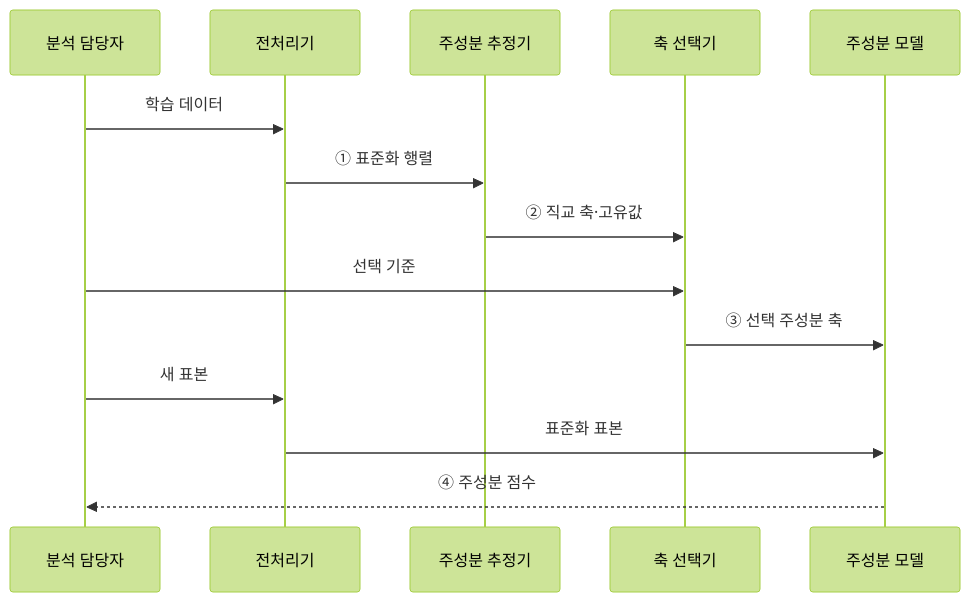
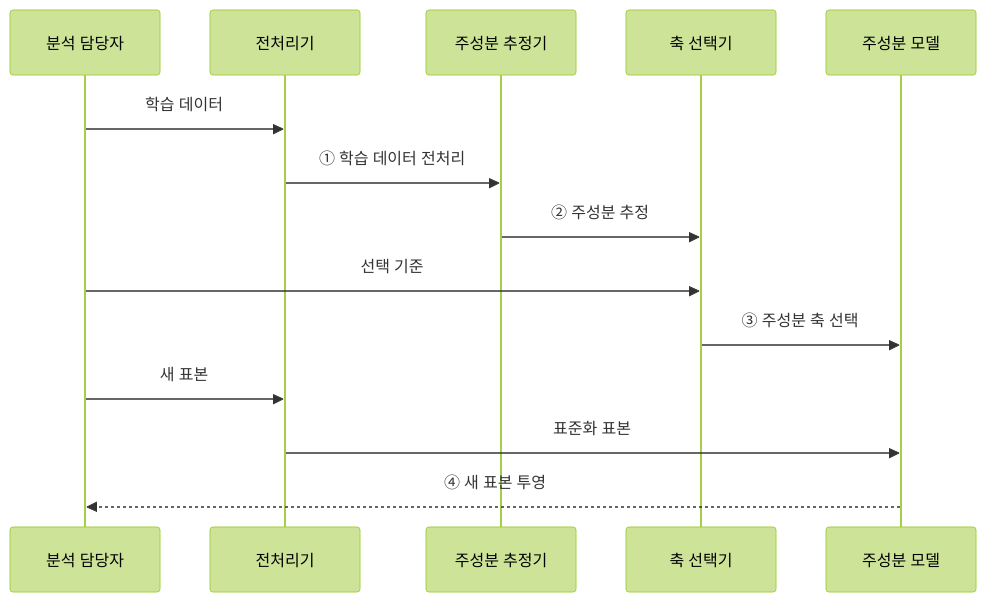
The second of 2 diagrams in src/content/docs/notes/01-basic-theory/036_pca.md (agnusdei1207/knowledge-base), drawn with Mermaid (forest theme) before and after one commit. The commit also changed other lines of this file and 20 other files, not shown here.

````diff
--- a/src/content/docs/notes/01-basic-theory/036_pca.md
+++ b/src/content/docs/notes/01-basic-theory/036_pca.md
@@ -106,16 +93,16 @@
 ```mermaid
 sequenceDiagram
     participant A as 분석 담당자
     participant T as 전처리기
     participant E as 주성분 추정기
     participant K as 축 선택기
     participant M as 주성분 모델
     A->>T: 학습 데이터
-    T->>E: ① 표준화 행렬
-    E->>K: ② 직교 축·고유값
+    T->>E: ① 학습 데이터 전처리
+    E->>K: ② 주성분 추정
     A->>K: 선택 기준
-    K->>M: ③ 선택 주성분 축
+    K->>M: ③ 주성분 축 선택
     A->>T: 새 표본
     T->>M: 표준화 표본
-    M-->>A: ④ 주성분 점수
+    M-->>A: ④ 새 표본 투영
 ```
````
